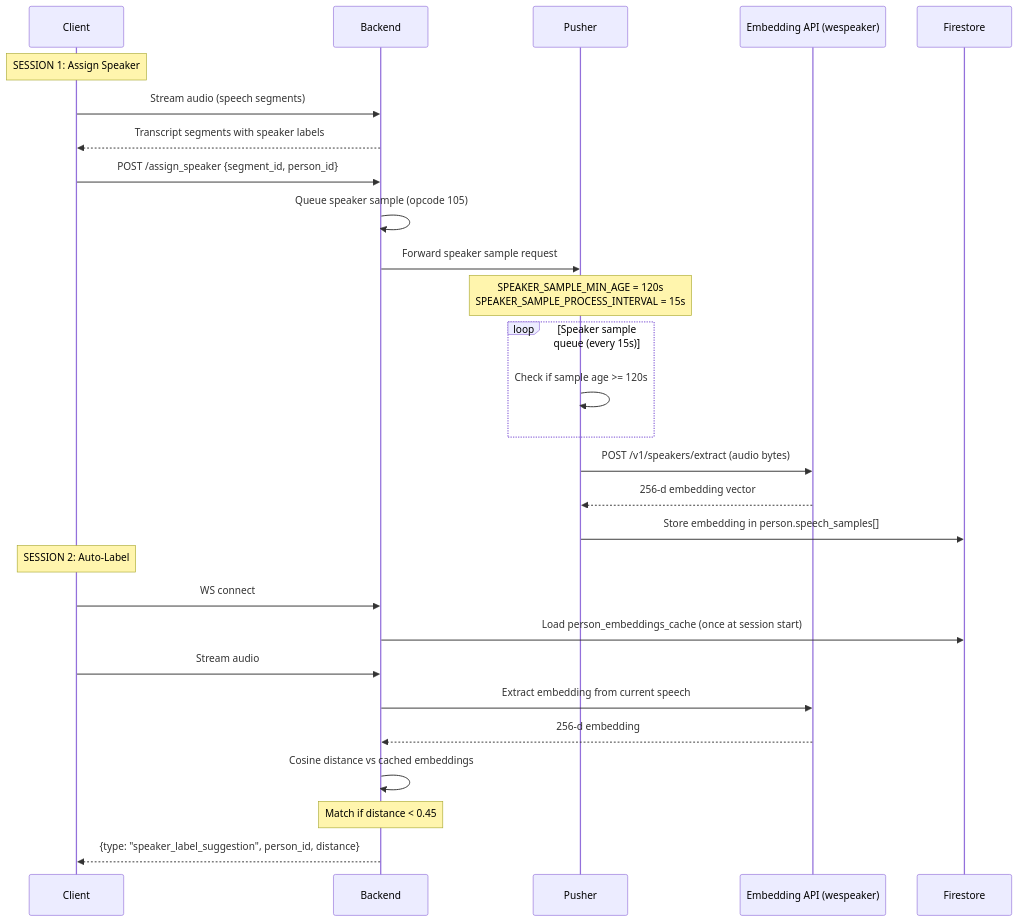
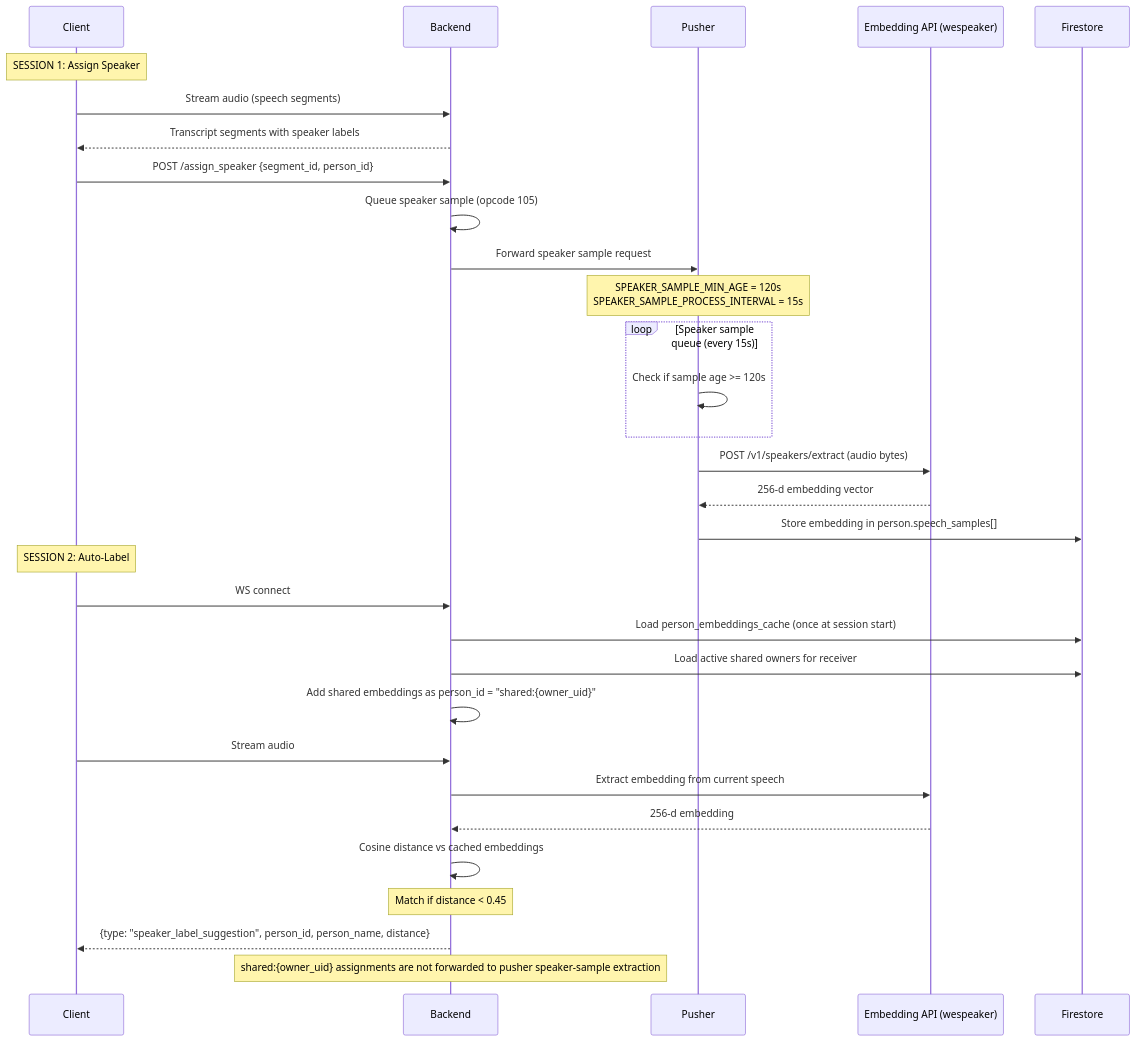
The fourth of 5 diagrams in docs/doc/developer/backend/listen_pusher_pipeline.mdx (BasedHardware/omi), drawn with Mermaid before and after one commit. The commit also changed other lines of this file and 4 other files, not shown here.

````diff
--- a/docs/doc/developer/backend/listen_pusher_pipeline.mdx
+++ b/docs/doc/developer/backend/listen_pusher_pipeline.mdx
@@ -111,37 +111,40 @@
 ```mermaid
 sequenceDiagram
     participant Client
     participant Backend as Backend
     participant Pusher
     participant EmbeddingAPI as Embedding API (wespeaker)
     participant Firestore
 
     Note over Client: SESSION 1: Assign Speaker
 
     Client->>Backend: Stream audio (speech segments)
     Backend-->>Client: Transcript segments with speaker labels
     Client->>Backend: POST /assign_speaker {segment_id, person_id}
     Backend->>Backend: Queue speaker sample (opcode 105)
     Backend->>Pusher: Forward speaker sample request
 
     Note over Pusher: SPEAKER_SAMPLE_MIN_AGE = 120s<br/>SPEAKER_SAMPLE_PROCESS_INTERVAL = 15s
 
     loop Speaker sample queue (every 15s)
         Pusher->>Pusher: Check if sample age >= 120s
     end
 
     Pusher->>EmbeddingAPI: POST /v1/speakers/extract (audio bytes)
     EmbeddingAPI-->>Pusher: 256-d embedding vector
     Pusher->>Firestore: Store embedding in person.speech_samples[]
 
     Note over Client: SESSION 2: Auto-Label
 
     Client->>Backend: WS connect
     Backend->>Firestore: Load person_embeddings_cache (once at session start)
+    Backend->>Firestore: Load active shared owners for receiver
+    Backend->>Backend: Add shared embeddings as person_id = "shared:{owner_uid}"
     Client->>Backend: Stream audio
     Backend->>EmbeddingAPI: Extract embedding from current speech
     EmbeddingAPI-->>Backend: 256-d embedding
     Backend->>Backend: Cosine distance vs cached embeddings
     Note over Backend: Match if distance < 0.45
-    Backend-->>Client: {type: "speaker_label_suggestion", person_id, distance}
+    Backend-->>Client: {type: "speaker_label_suggestion", person_id, person_name, distance}
+    Note over Backend: shared:{owner_uid} assignments are not forwarded to pusher speaker-sample extraction
 ```
````
